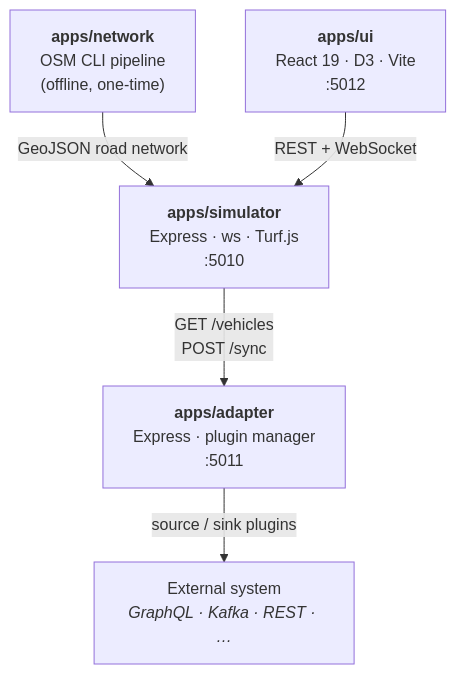
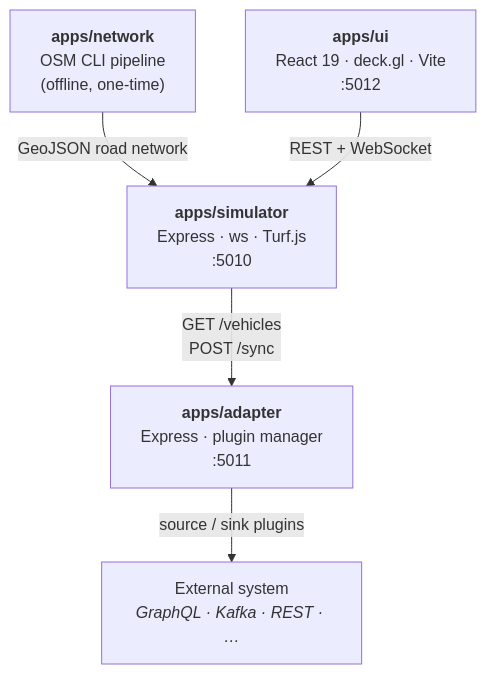
The first of 4 diagrams in README.md (ivannovazzi/moveet), drawn with Mermaid before and after one commit. The commit also changed other lines of this file and 135 other files, not shown here.

First line of the commit message:
refactor: architecture eval polish & performance pass (#176)

````diff
--- a/README.md
+++ b/README.md
@@ -95,13 +95,13 @@
 ```mermaid
 flowchart TD
     NET["<b>apps/network</b><br/>OSM CLI pipeline<br/>(offline, one-time)"]
-    UI["<b>apps/ui</b><br/>React 19 · D3 · Vite<br/>:5012"]
+    UI["<b>apps/ui</b><br/>React 19 · deck.gl · Vite<br/>:5012"]
     SIM["<b>apps/simulator</b><br/>Express · ws · Turf.js<br/>:5010"]
     ADP["<b>apps/adapter</b><br/>Express · plugin manager<br/>:5011"]
     EXT["External system<br/><i>GraphQL · Kafka · REST · …</i>"]
 
     NET -- "GeoJSON road network" --> SIM
     UI -- "REST + WebSocket" --> SIM
     SIM -- "GET /vehicles<br/>POST /sync" --> ADP
     ADP -- "source / sink plugins" --> EXT
 ```
````
